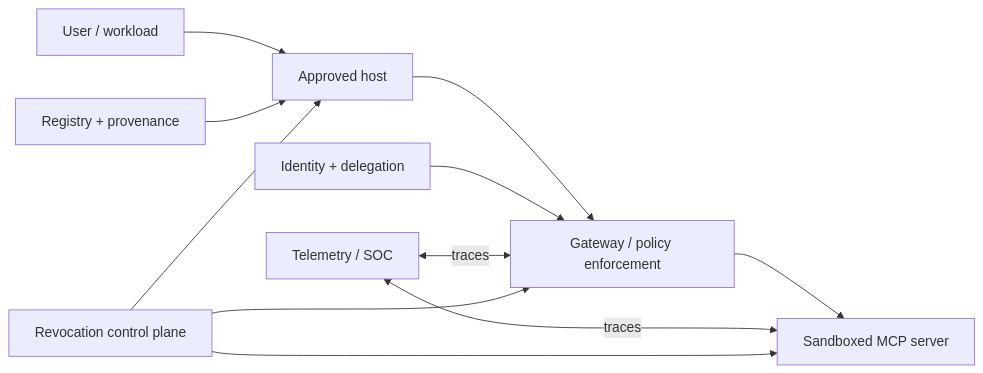
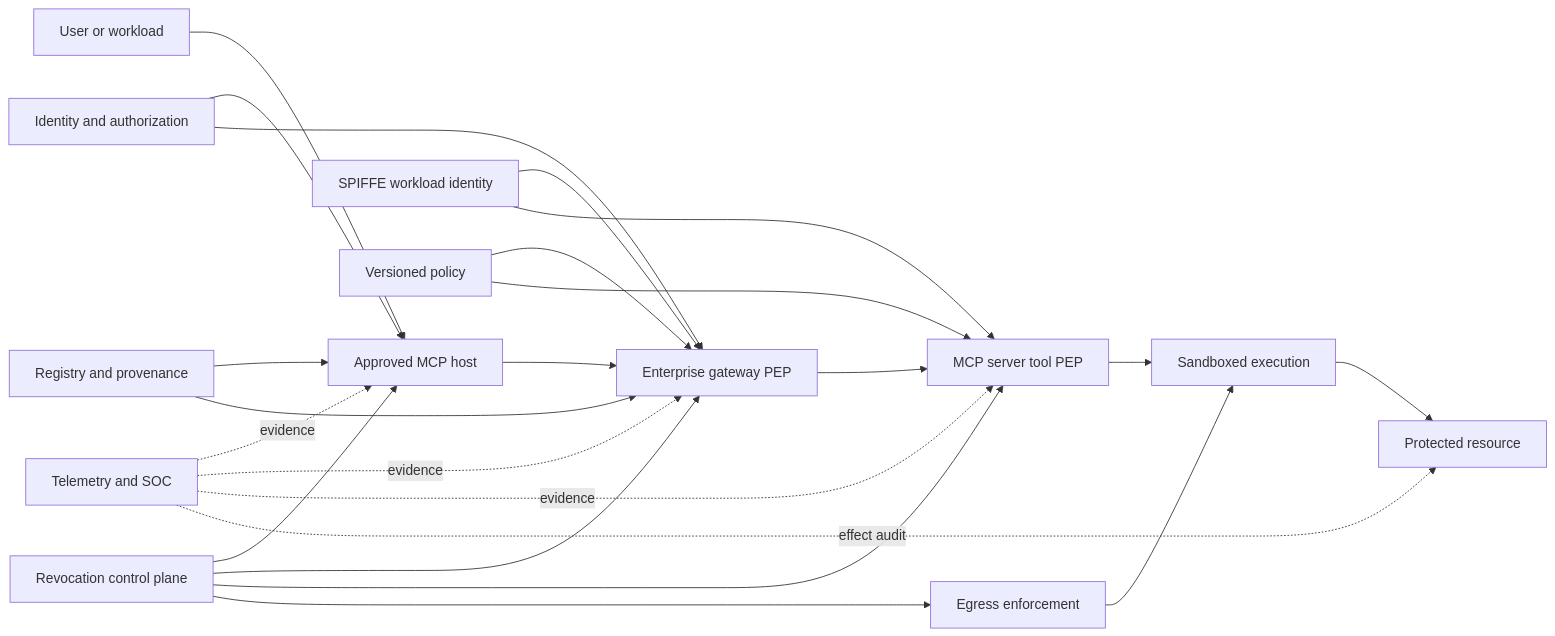
The diagram in curriculum/advanced/23-enterprise-mcp-security-architecture/README.md (mahsa-teimourikia/mcp-security), drawn with Mermaid before and after one commit. The commit also changed other lines of this file and 5 other files, not shown here.

Commit message:
Improve Course 23 enterprise architecture

````diff
--- a/curriculum/advanced/23-enterprise-mcp-security-architecture/README.md
+++ b/curriculum/advanced/23-enterprise-mcp-security-architecture/README.md
@@ -11,13 +119,26 @@
 ```mermaid
 flowchart LR
- U["User / workload"] --> H["Approved host"]
- H --> G["Gateway / policy enforcement"]
- G --> S["Sandboxed MCP server"]
- R["Registry + provenance"] --> H
- I["Identity + delegation"] --> G
- O["Telemetry / SOC"] <-->|"traces"| G
- O <-->|"traces"| S
- X["Revocation control plane"] --> H
- X --> G
- X --> S
+    U[User or workload] --> H[Approved MCP host]
+    H --> G[Enterprise gateway PEP]
+    G --> S[MCP server tool PEP]
+    S --> X[Sandboxed execution]
+    X --> D[Protected resource]
+
+    I[Identity and authorization] --> H
+    I --> G
+    W[SPIFFE workload identity] --> G
+    W --> S
+    R[Registry and provenance] --> H
+    R --> G
+    P[Versioned policy] --> G
+    P --> S
+    E[Egress enforcement] --> X
+    O[Telemetry and SOC] -. evidence .-> H
+    O -. evidence .-> G
+    O -. evidence .-> S
+    O -. effect audit .-> D
+    V[Revocation control plane] --> H
+    V --> G
+    V --> S
+    V --> E
 ```
````
